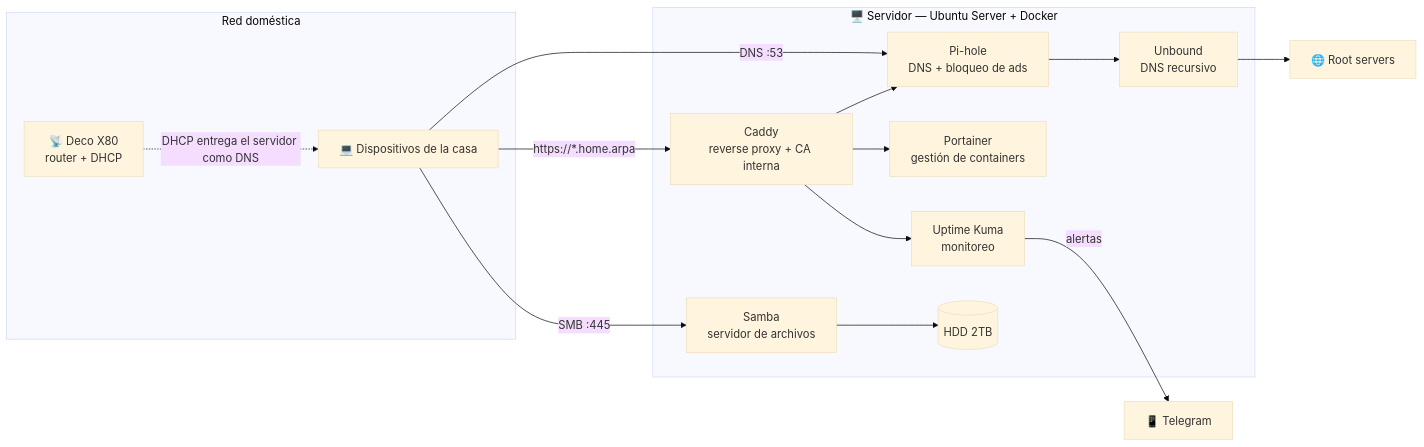
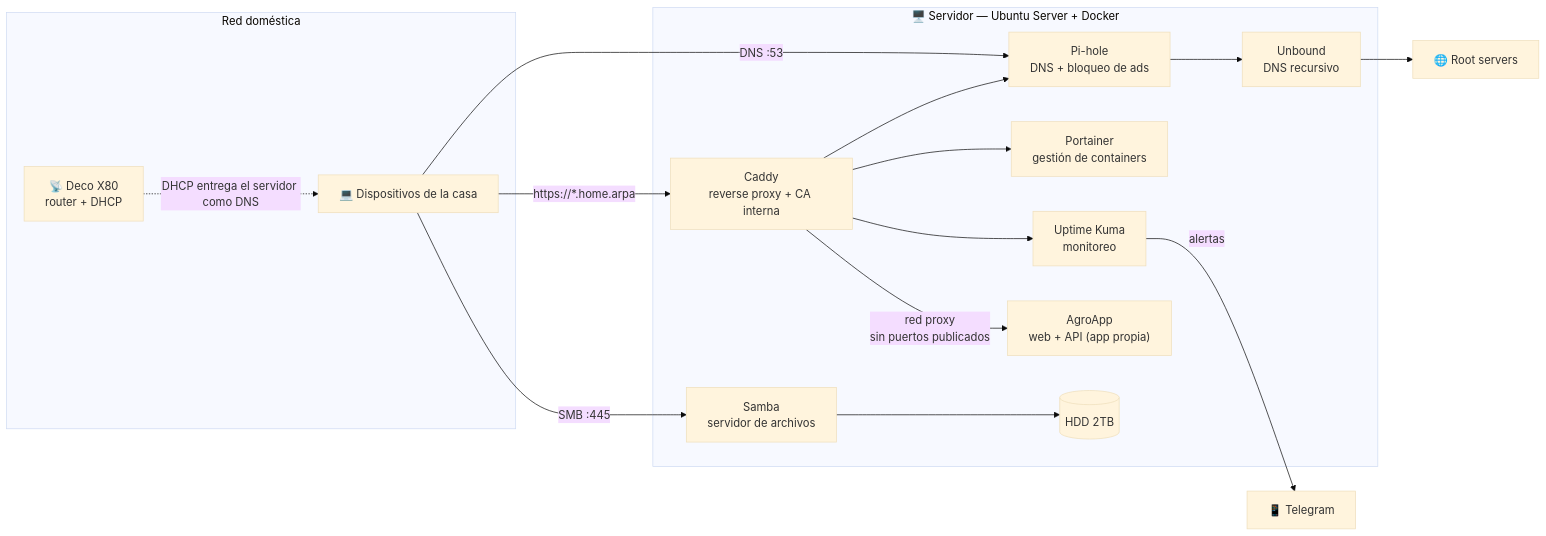
One commit to tizimessina/homelab changed the diagram in README.md. Above: the diagram before and after it, drawn with Mermaid (base theme). The commit also changed other lines of this file and 3 other files, not shown here.

Commit message:
docs: integra Agroapp y el patron de red proxy en Caddy

````diff
--- a/README.md
+++ b/README.md
@@ -22,29 +22,31 @@
 ```mermaid
 flowchart LR
     subgraph LAN["Red doméstica"]
         C["💻 Dispositivos de la casa"]
         D["📡 Deco X80<br/>router + DHCP"]
     end
 
     subgraph SRV["🖥️ Servidor — Ubuntu Server + Docker"]
         CA["Caddy<br/>reverse proxy + CA interna"]
         PH["Pi-hole<br/>DNS + bloqueo de ads"]
         UB["Unbound<br/>DNS recursivo"]
         PO["Portainer<br/>gestión de containers"]
         UK["Uptime Kuma<br/>monitoreo"]
         SM["Samba<br/>servidor de archivos"]
+        AG["AgroApp<br/>web + API (app propia)"]
         HDD[("HDD 2TB")]
     end
 
     D -. "DHCP entrega el servidor como DNS" .-> C
     C -- "DNS :53" --> PH
     PH --> UB
     UB --> ROOT["🌐 Root servers"]
     C -- "https://*.home.arpa" --> CA
     CA --> PH
     CA --> PO
     CA --> UK
+    CA -- "red proxy<br/>sin puertos publicados" --> AG
     C -- "SMB :445" --> SM
     SM --> HDD
     UK -- "alertas" --> TG["📱 Telegram"]
 ```
````
